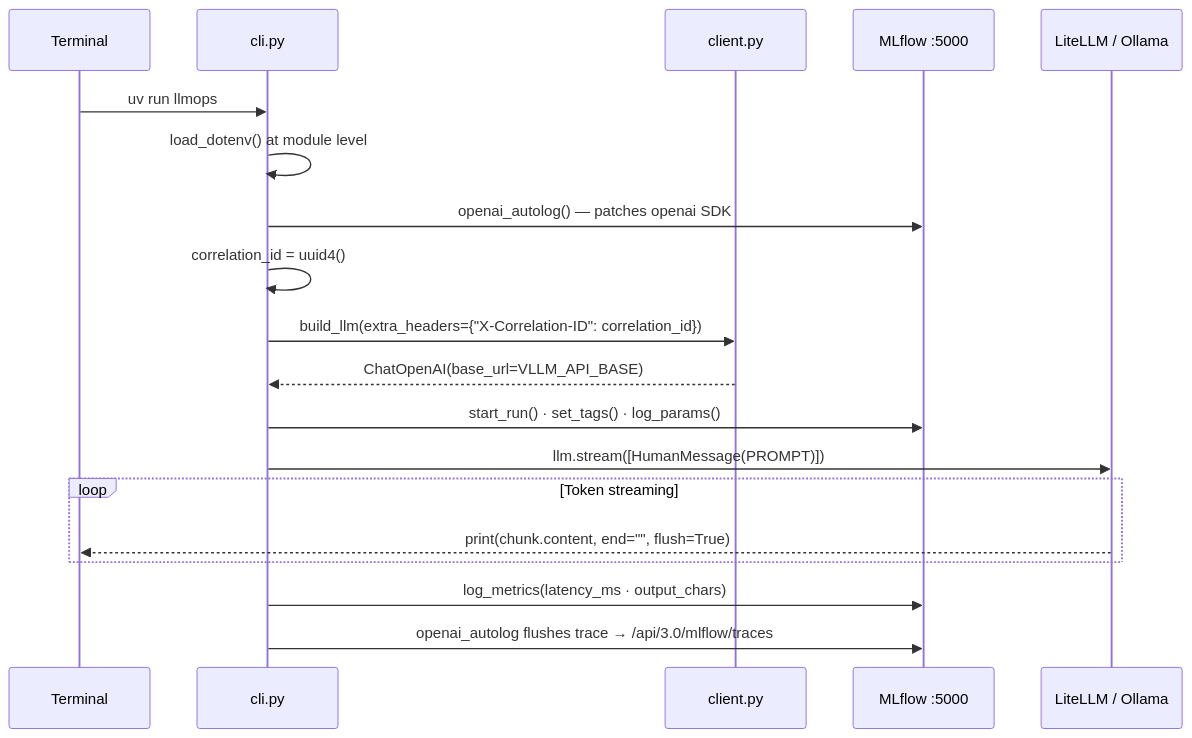
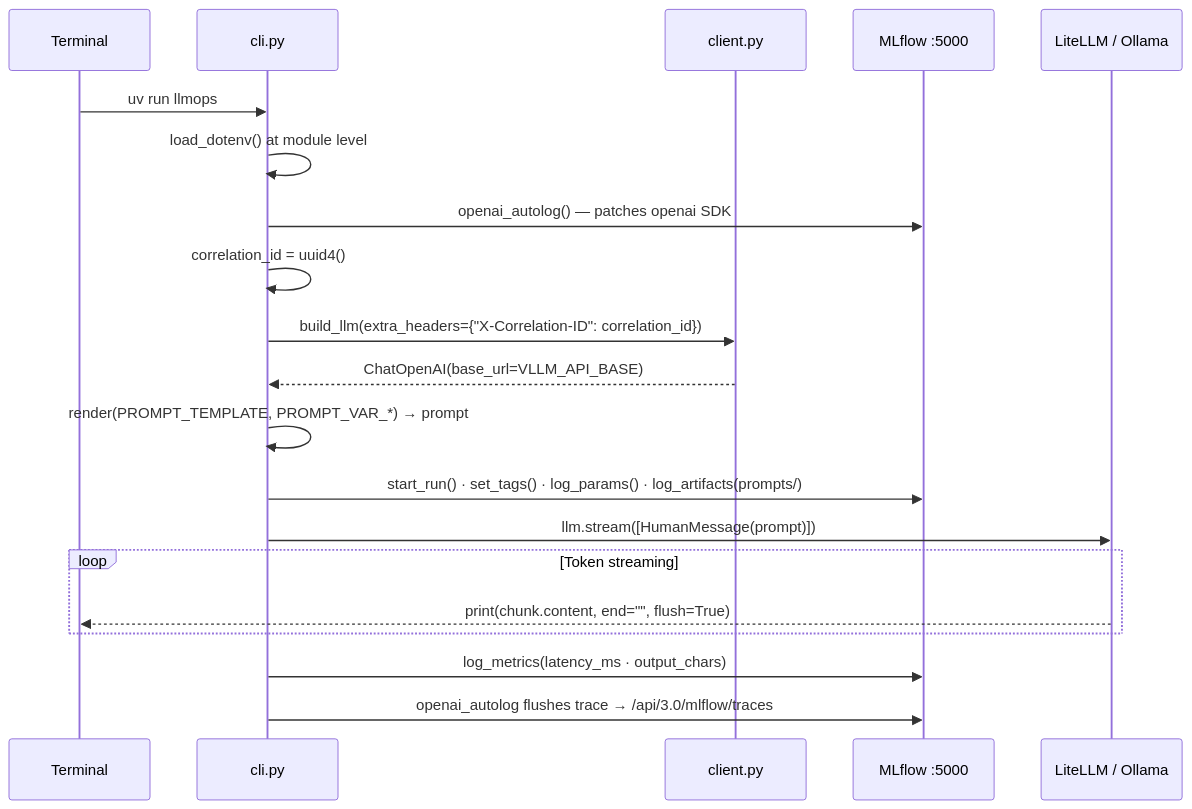
One commit to ayushsoni1010/vllmops changed the fourth of 5 diagrams in ARCHITECTURE.md. Above: the diagram before and after it, drawn with Mermaid. The commit also changed 4 other files, not shown here.

First line of the commit message:
docs(prompts): update env vars, diagrams, and project guide

````diff
--- a/ARCHITECTURE.md
+++ b/ARCHITECTURE.md
@@ -120,22 +120,23 @@
 ```mermaid
 sequenceDiagram
     participant U  as Terminal
     participant C  as cli.py
     participant B  as client.py
     participant ML as MLflow :5000
     participant L  as LiteLLM / Ollama
 
     U  ->> C  : uv run llmops
     C  ->> C  : load_dotenv() at module level
     C  ->> ML : openai_autolog() — patches openai SDK
     C  ->> C  : correlation_id = uuid4()
     C  ->> B  : build_llm(extra_headers={"X-Correlation-ID": correlation_id})
     B  -->> C : ChatOpenAI(base_url=VLLM_API_BASE)
-    C  ->> ML : start_run() · set_tags() · log_params()
-    C  ->> L  : llm.stream([HumanMessage(PROMPT)])
+    C  ->> C  : render(PROMPT_TEMPLATE, PROMPT_VAR_*) → prompt
+    C  ->> ML : start_run() · set_tags() · log_params() · log_artifacts(prompts/)
+    C  ->> L  : llm.stream([HumanMessage(prompt)])
     loop Token streaming
         L  -->> U : print(chunk.content, end="", flush=True)
     end
     C  ->> ML : log_metrics(latency_ms · output_chars)
     C  ->> ML : openai_autolog flushes trace → /api/3.0/mlflow/traces
 ```
````
